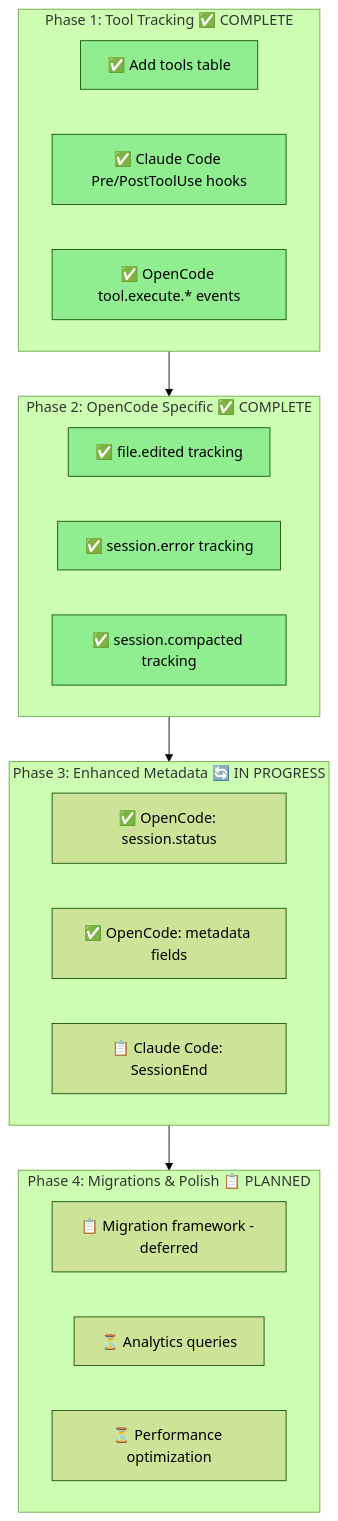
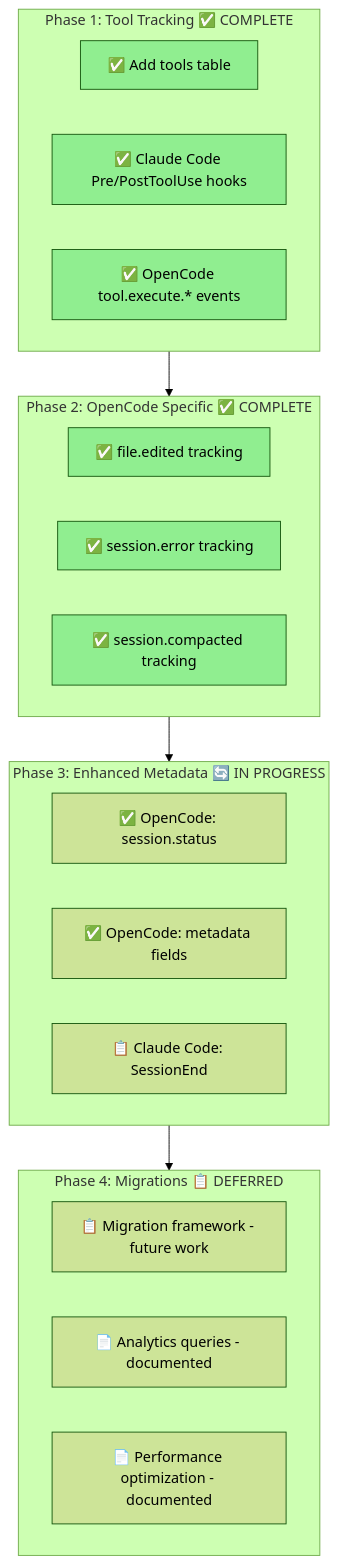
One commit to dxta-dev/clankers changed the diagram in lode/plans/data-gaps-implementation.md. Above: the diagram before and after it, drawn with Mermaid (forest theme). The commit also changed other lines of this file and 7 other files, not shown here.

````diff
--- a/lode/plans/data-gaps-implementation.md
+++ b/lode/plans/data-gaps-implementation.md
@@ -558,35 +569,35 @@
 ```mermaid
 flowchart TB
     subgraph Phase1[Phase 1: Tool Tracking ✅ COMPLETE]
         P1_1[✅ Add tools table]
         P1_2[✅ Claude Code Pre/PostToolUse hooks]
         P1_3[✅ OpenCode tool.execute.* events]
     end
 
     subgraph Phase2[Phase 2: OpenCode Specific ✅ COMPLETE]
         P2_1[✅ file.edited tracking]
         P2_2[✅ session.error tracking]
         P2_3[✅ session.compacted tracking]
     end
 
     subgraph Phase3[Phase 3: Enhanced Metadata 🔄 IN PROGRESS]
         P3_1[✅ OpenCode: session.status]
         P3_2[✅ OpenCode: metadata fields]
         P3_3[📋 Claude Code: SessionEnd]
     end
 
-    subgraph Phase4[Phase 4: Migrations & Polish 📋 PLANNED]
-        P4_1[📋 Migration framework - deferred]
-        P4_2[⏳ Analytics queries]
-        P4_3[⏳ Performance optimization]
+    subgraph Phase4[Phase 4: Migrations 📋 DEFERRED]
+        P4_1[📋 Migration framework - future work]
+        P4_2[📄 Analytics queries - documented]
+        P4_3[📄 Performance optimization - documented]
     end
 
     Phase1 --> Phase2 --> Phase3 --> Phase4
 
     style P1_1 fill:#90EE90
     style P1_2 fill:#90EE90
     style P1_3 fill:#90EE90
     style P2_1 fill:#90EE90
     style P2_2 fill:#90EE90
     style P2_3 fill:#90EE90
 ```
````
